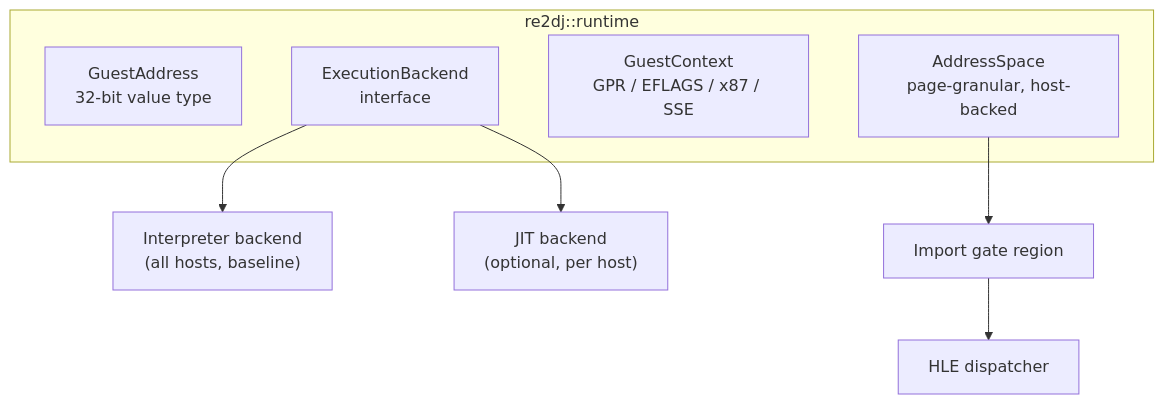
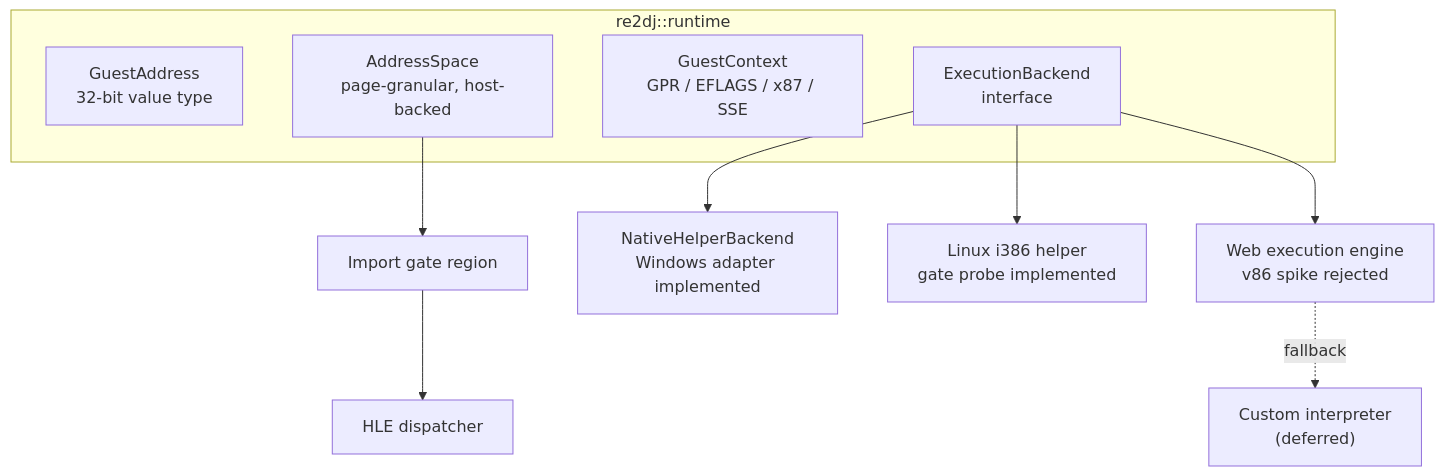
The third of 3 diagrams in ARCHITECTURE.md (nworkers/re2DJ), drawn with Mermaid before and after one commit. The commit also changed other lines of this file and 92 other files, not shown here.

Commit message:
Add native helper execution backends

````diff
--- a/ARCHITECTURE.md
+++ b/ARCHITECTURE.md
@@ -199,13 +199,15 @@
 ```mermaid
 flowchart TD
     subgraph runtime["re2dj::runtime"]
         GA["GuestAddress<br/>32-bit value type"]
         AS["AddressSpace<br/>page-granular, host-backed"]
         CTX["GuestContext<br/>GPR / EFLAGS / x87 / SSE"]
         BE["ExecutionBackend<br/>interface"]
     end
-    BE --> INT["Interpreter backend<br/>(all hosts, baseline)"]
-    BE --> JIT["JIT backend<br/>(optional, per host)"]
+    BE --> NAT["NativeHelperBackend<br/>Windows adapter implemented"]
+    BE --> LNX["Linux i386 helper<br/>gate probe implemented"]
+    BE --> WEB["Web execution engine<br/>v86 spike rejected"]
+    WEB -.fallback.-> INT["Custom interpreter<br/>(deferred)"]
     AS --> GATE["Import gate region"]
     GATE --> DISP["HLE dispatcher"]
 ```
````
